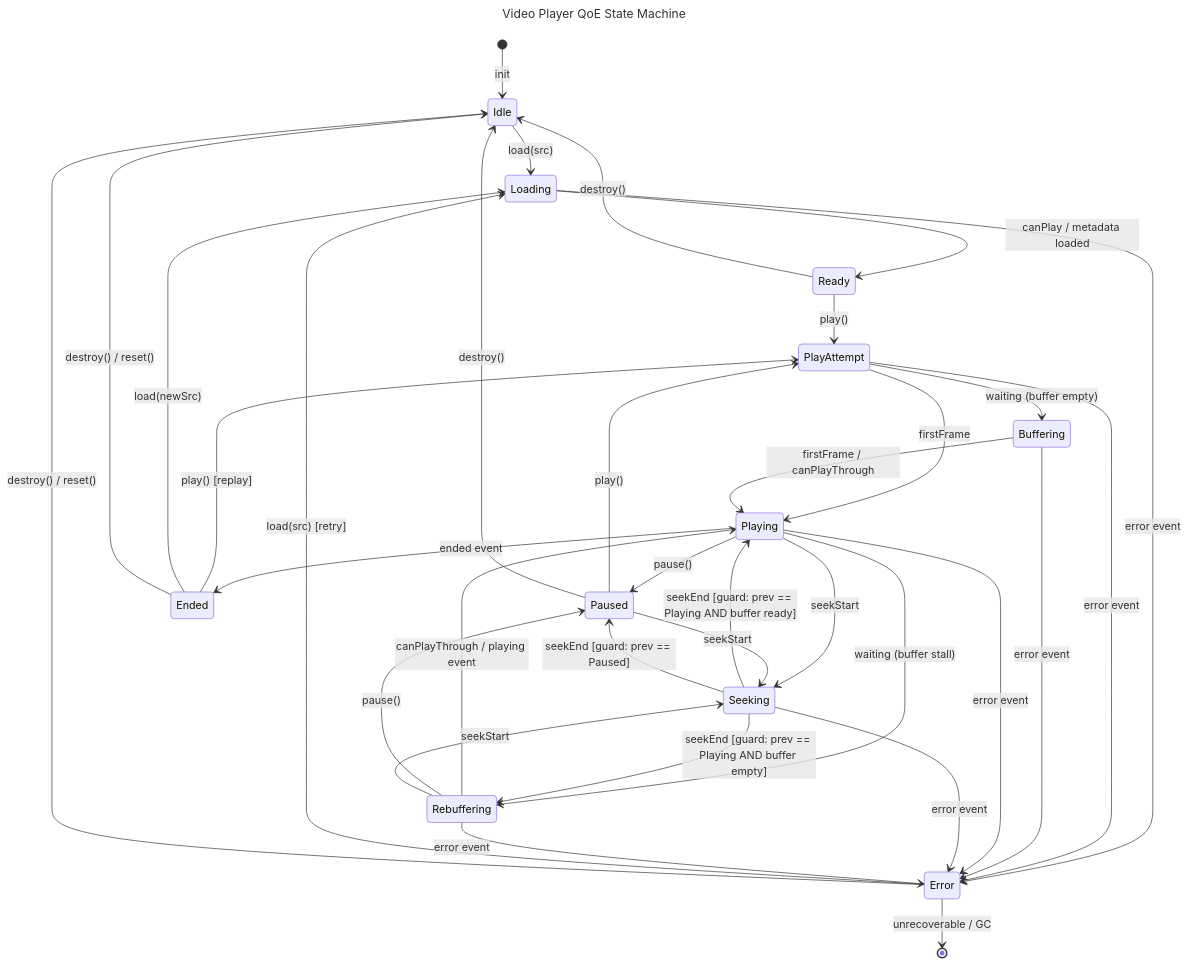
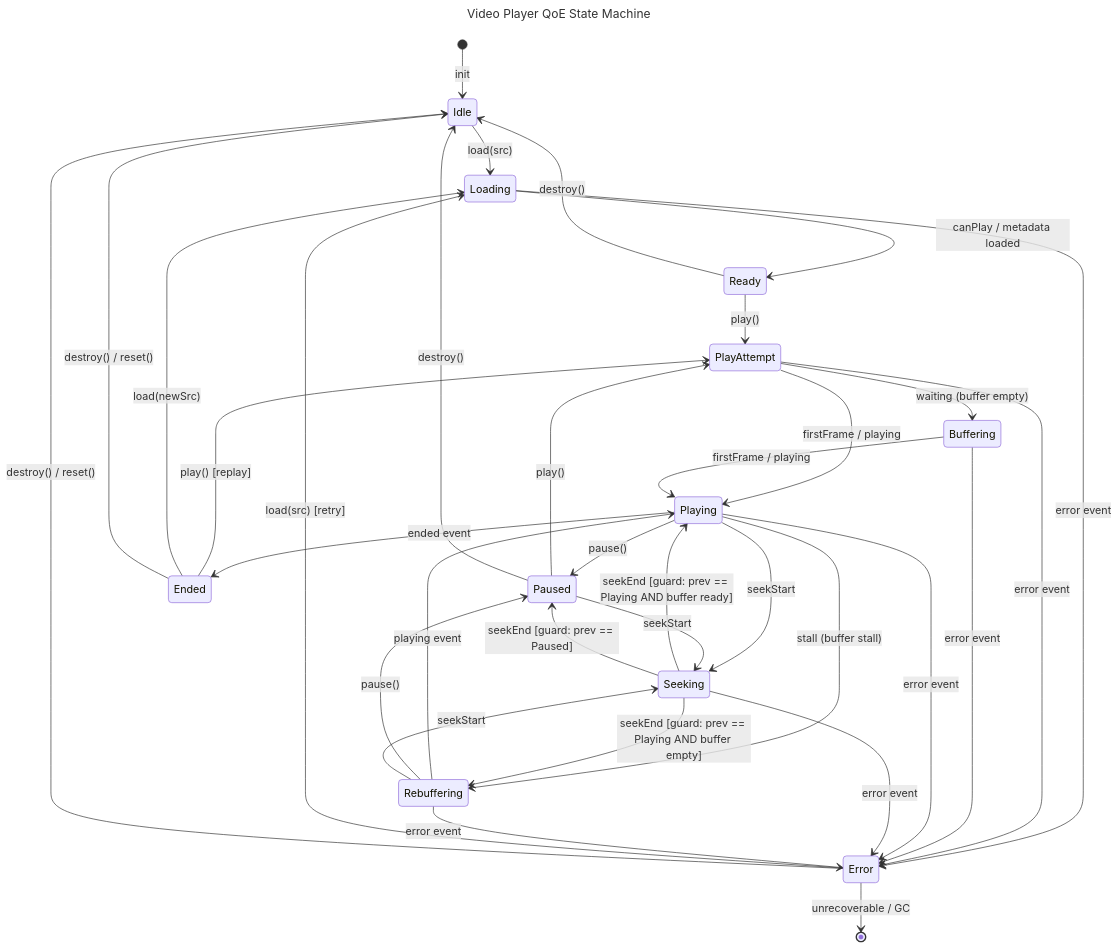
The diagram in docs/reference/player-state-machine.mermaid (stevenlyons/plinth-video), drawn with Mermaid before and after one commit. The commit also changed 24 other files, not shown here.

First line of the commit message:
Fix rebuffer(waiting)/ended/can_play_through events (#22)

```diff
--- a/docs/reference/player-state-machine.mermaid
+++ b/docs/reference/player-state-machine.mermaid
@@ -1,77 +1,77 @@
 ---
 title: Video Player QoE State Machine
 ---
 stateDiagram-v2
 
     %% ── States ──────────────────────────────────────────────────────────────
     %%
     %%  Idle         No video source loaded; initial state after init or reset.
     %%  Loading      Source assigned; fetching manifest / metadata.
     %%  Ready        Metadata loaded; player paused at start position.
     %%  PlayAttempt  play() called; awaiting first decoded frame.
     %%               ⏱ VIDEO START TIME begins here.
     %%               ⏱ WATCHED TIME begins here.
     %%  Buffering    play() called but buffer is empty; downloading initial segment.
     %%               ⏱ VIDEO START TIME continues accumulating.
     %%  Playing      Frames actively being decoded and rendered.
     %%               ⏱ PLAYED TIME accumulates.
     %%  Paused       Playback suspended by user or system; position held.
     %%  Seeking      Seek requested; position changing, frames not rendered.
     %%  Rebuffering  Was Playing; buffer exhausted mid-playback; stalled.
     %%               ⏱ REBUFFER TIME accumulates.
     %%  Ended        Playback reached end of content naturally.
     %%  Error        Fatal, unrecoverable player error.
     %%
     %%  WATCHED TIME spans all states from PlayAttempt until Ended or destroy().
 
     [*] --> Idle : init
 
     %% ── Loading ──────────────────────────────────────────────────────────────
     Idle      --> Loading     : load(src)
     Loading   --> Ready       : canPlay / metadata loaded
     Loading   --> Error       : error event
 
     %% ── Play Initiation ──────────────────────────────────────────────────────
     Ready     --> PlayAttempt : play()
     Ready     --> Idle        : destroy()
 
     PlayAttempt --> Buffering : waiting (buffer empty)
-    PlayAttempt --> Playing   : firstFrame
+    PlayAttempt --> Playing   : firstFrame / playing
     PlayAttempt --> Error     : error event
 
-    Buffering   --> Playing   : firstFrame / canPlayThrough
+    Buffering   --> Playing   : firstFrame / playing
     Buffering   --> Error     : error event
 
     %% ── Active Playback ──────────────────────────────────────────────────────
     Playing --> Paused        : pause()
     Playing --> Seeking       : seekStart
-    Playing --> Rebuffering   : waiting (buffer stall)
+    Playing --> Rebuffering   : stall (buffer stall)
     Playing --> Ended         : ended event
     Playing --> Error         : error event
 
     %% ── Paused ───────────────────────────────────────────────────────────────
     Paused  --> PlayAttempt   : play()
     Paused  --> Seeking       : seekStart
     Paused  --> Idle          : destroy()
 
     %% ── Seeking ──────────────────────────────────────────────────────────────
     %% Guard tracks the state that was active when seekStart fired.
     Seeking --> Playing       : seekEnd [guard: prev == Playing AND buffer ready]
     Seeking --> Rebuffering   : seekEnd [guard: prev == Playing AND buffer empty]
     Seeking --> Paused        : seekEnd [guard: prev == Paused]
     Seeking --> Error         : error event
 
     %% ── Rebuffering ──────────────────────────────────────────────────────────
-    Rebuffering --> Playing   : canPlayThrough / playing event
+    Rebuffering --> Playing   : playing event
     Rebuffering --> Paused    : pause()
     Rebuffering --> Seeking   : seekStart
     Rebuffering --> Error     : error event
 
     %% ── Terminal / Reset ─────────────────────────────────────────────────────
     Ended --> PlayAttempt     : play() [replay]
     Ended --> Loading         : load(newSrc)
     Ended --> Idle            : destroy() / reset()
 
     Error --> Loading         : load(src) [retry]
     Error --> Idle            : destroy() / reset()
     Error --> [*]             : unrecoverable / GC
```
